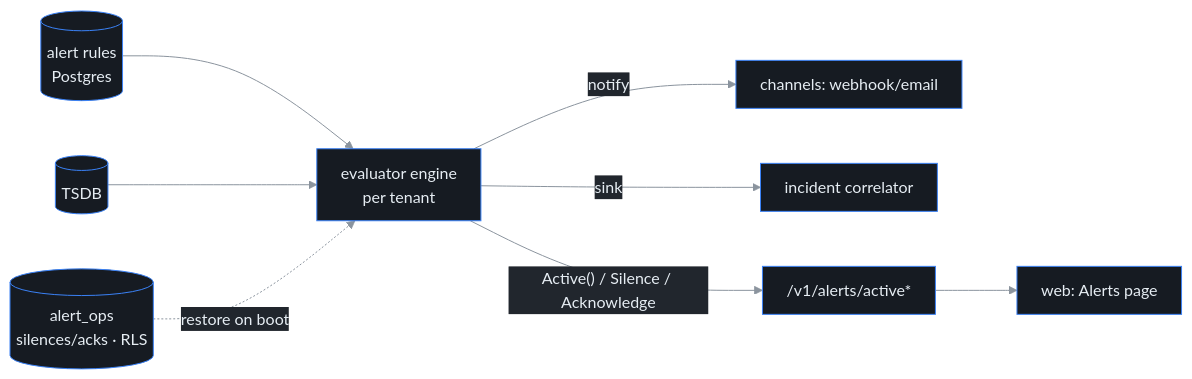
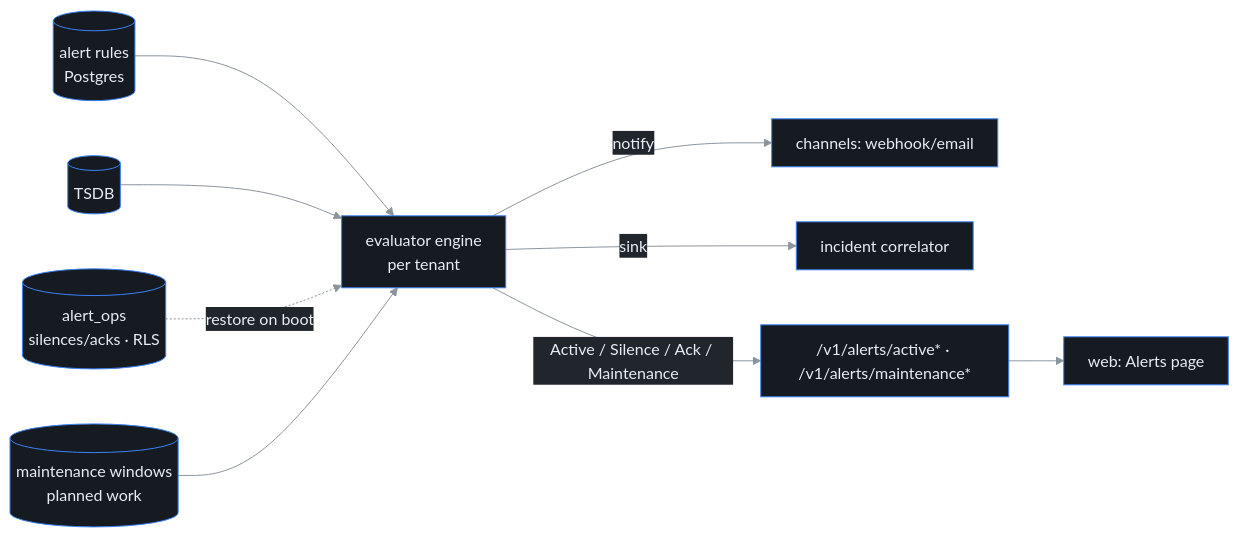
The diagram in docs/alerting.md (ctlplne/probectl), drawn with Mermaid before and after one commit. The commit also changed other lines of this file and 14 other files, not shown here.

Commit message:
fix(compete): add alert maintenance windows

````diff
--- a/docs/alerting.md
+++ b/docs/alerting.md
@@ -36,11 +41,12 @@
 ```mermaid
 %%{init: {'theme':'base','themeVariables':{'background':'#0d1117','primaryColor':'#161b22','primaryTextColor':'#e6edf3','primaryBorderColor':'#3b82f6','lineColor':'#8b949e','secondaryColor':'#21262d','tertiaryColor':'#0d1117','clusterBkg':'#161b22','clusterBorder':'#30363d','fontFamily':'ui-monospace, SFMono-Regular, Menlo, monospace'},'flowchart':{'curve':'basis','nodeSpacing':55,'rankSpacing':55,'padding':12}}}%%
 flowchart LR
   R[(alert rules\nPostgres)] --> E[evaluator engine\nper tenant]
   T[(TSDB)] --> E
   O[(alert_ops\nsilences/acks · RLS)] -. restore on boot .-> E
+  M[(maintenance windows\nplanned work)] --> E
   E -- notify --> C[channels: webhook/email]
   E -- sink --> I[incident correlator]
-  E -- "Active() / Silence / Acknowledge" --> A["/v1/alerts/active*"]
+  E -- "Active / Silence / Ack / Maintenance" --> A["/v1/alerts/active* · /v1/alerts/maintenance*"]
   A --> W[web: Alerts page]
 ```
````
